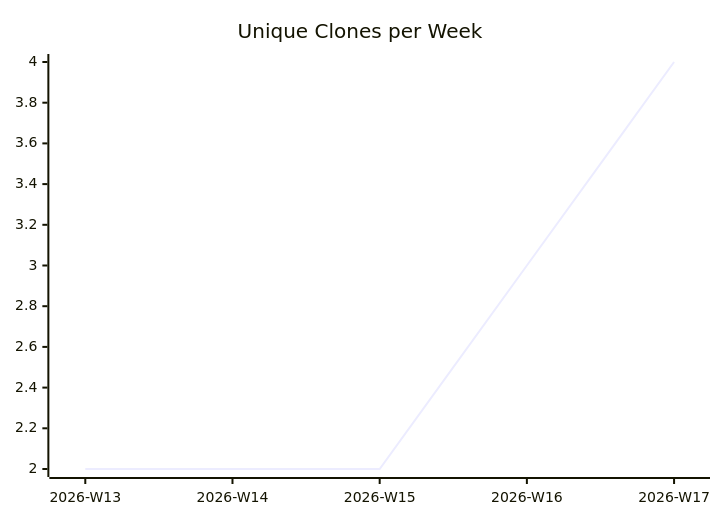
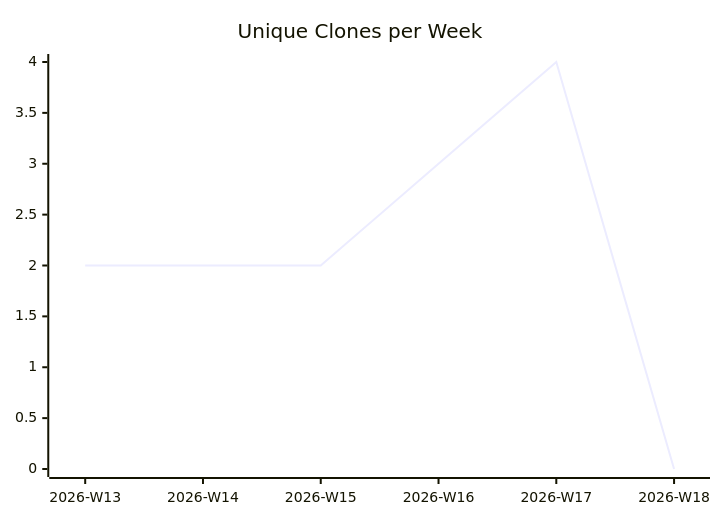
Before and after one commit to justdavis-family/github-analytics-data: the third of 3 diagrams in karlmdavis/bbonfhir-dev-infra-docker/README.md, drawn with Mermaid. The commit also changed other lines of this file and 184 other files, not shown here.

````diff
--- a/karlmdavis/bbonfhir-dev-infra-docker/README.md
+++ b/karlmdavis/bbonfhir-dev-infra-docker/README.md
@@ -19,6 +19,6 @@
 ```mermaid
 xychart-beta
   title "Unique Clones per Week"
-  x-axis ["2026-W13", "2026-W14", "2026-W15", "2026-W16", "2026-W17"]
-  line [2, 2, 2, 3, 4]
+  x-axis ["2026-W13", "2026-W14", "2026-W15", "2026-W16", "2026-W17", "2026-W18"]
+  line [2, 2, 2, 3, 4, 0]
 ```
````
